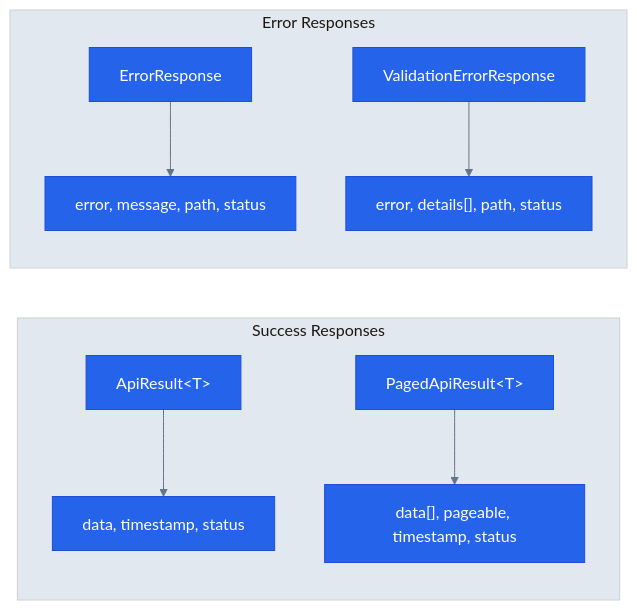
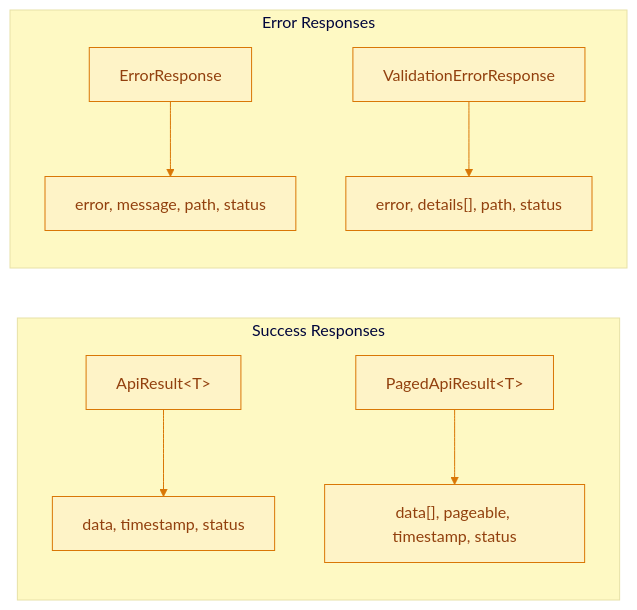
Before and after one commit to deznode/nosilha: the diagram in docs/api-reference.md, drawn with Mermaid. The commit also changed 8 other files, not shown here.

````diff
--- a/docs/api-reference.md
+++ b/docs/api-reference.md
@@ -13,22 +13,22 @@
 ```mermaid
 ---
 config:
   theme: base
   themeVariables:
-    primaryColor: "#2563eb"
-    primaryTextColor: "#fff"
-    primaryBorderColor: "#1d4ed8"
-    lineColor: "#64748b"
-    secondaryColor: "#f1f5f9"
-    tertiaryColor: "#e2e8f0"
+    primaryColor: "#fef3c7"
+    primaryTextColor: "#92400e"
+    primaryBorderColor: "#d97706"
+    lineColor: "#d97706"
+    secondaryColor: "#ffedd5"
+    tertiaryColor: "#fef9c3"
 ---
 flowchart LR
     subgraph Success["Success Responses"]
         A[ApiResult&lt;T&gt;] --> B["data, timestamp, status"]
         C[PagedApiResult&lt;T&gt;] --> D["data[], pageable, timestamp, status"]
     end
     subgraph Error["Error Responses"]
         E[ErrorResponse] --> F["error, message, path, status"]
         G[ValidationErrorResponse] --> H["error, details[], path, status"]
     end
 ```
````
